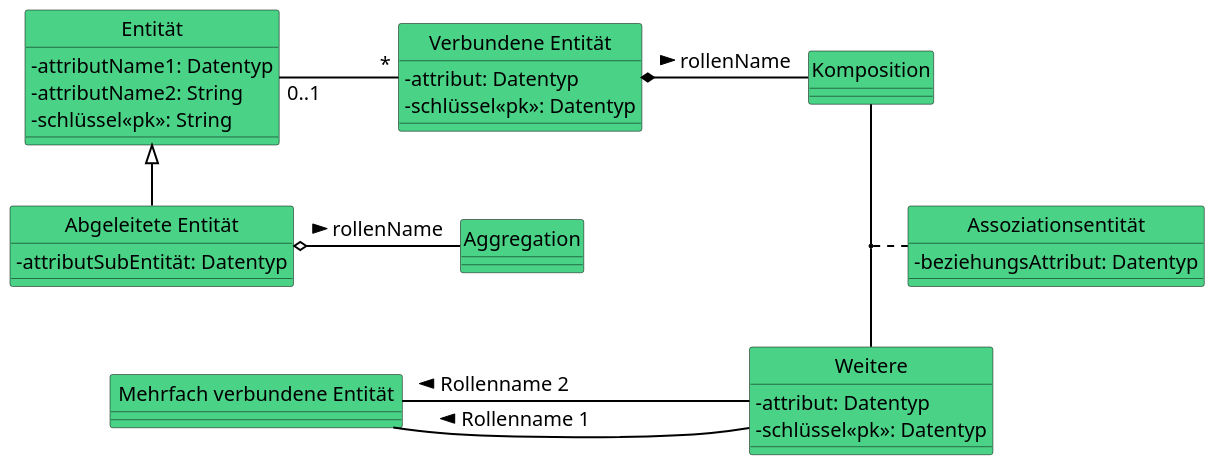
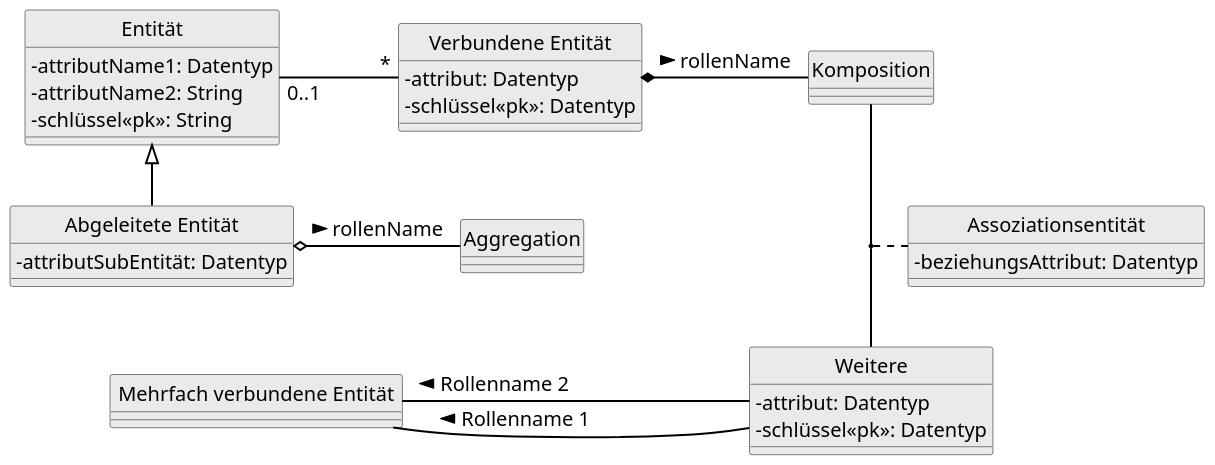
Before and after one commit to uhafner/codingstyle: the diagram in doc/uml/class-diagram-domain-model.puml, drawn with PlantUML. The commit also changed 6 other files, not shown here.

Commit message:
Remove colors from UML diagrams.

```diff
--- a/doc/uml/class-diagram-domain-model.puml
+++ b/doc/uml/class-diagram-domain-model.puml
@@ -1,70 +1,70 @@
 @startuml
 
 skinparam package {
-  BackgroundColor #dddddd
+  BackgroundColor #eaeaea
   BorderColor #a0a0a0
   BackgroundColor<<Main>> gold
   BorderColor black
   ArrowColor black
-  FontName  Arial Unicode MS
+  FontName Arial Unicode MS
   FontSize 20
 }
 
 skinparam class {
-  BackgroundColor #4AD386
+  BackgroundColor #eaeaea
   BorderColor #a0a0a0
   BackgroundColor<<Main>> gold
   BorderColor black
   ArrowColor black
-  FontName  Arial Unicode MS
+  FontName Arial Unicode MS
   FontSize 20
 }
 skinparam classFontSize 24
 skinparam classAttributeIconSize 0
 skinparam defaultFontSize 20
 
 skinparam ArrowColor black
 skinparam ArrowThickness 2
 
 hide circle
 
 class Entität {
     -attributName1: Datentyp
     -attributName2: String
     -schlüssel<<pk>>: String
 }
 
 class "Abgeleitete Entität" as A
 class "Verbundene Entität" as B
 
 class A {
     -attributSubEntität: Datentyp
 }
 
 class B {
     -attribut: Datentyp
     -schlüssel<<pk>>: Datentyp
 }
 
 class Weitere {
     -attribut: Datentyp
     -schlüssel<<pk>>: Datentyp
 }
 
 class Assoziationsentität {
     -beziehungsAttribut: Datentyp
 }
 
 Entität "0..1" - "*" B : \t\t
 Entität <|-- A
 A o- Aggregation : rollenName >
 B *- Komposition : > rollenName
 
 (Komposition, Weitere) . Assoziationsentität
 
 class " Mehrfach verbundene Entität " as Beziehung
 
 Weitere -left- Beziehung : Rollenname 1 \t \t\t >
 Weitere -left- Beziehung: Rollenname 2 \t \t \t \t >
 
 @enduml
```
